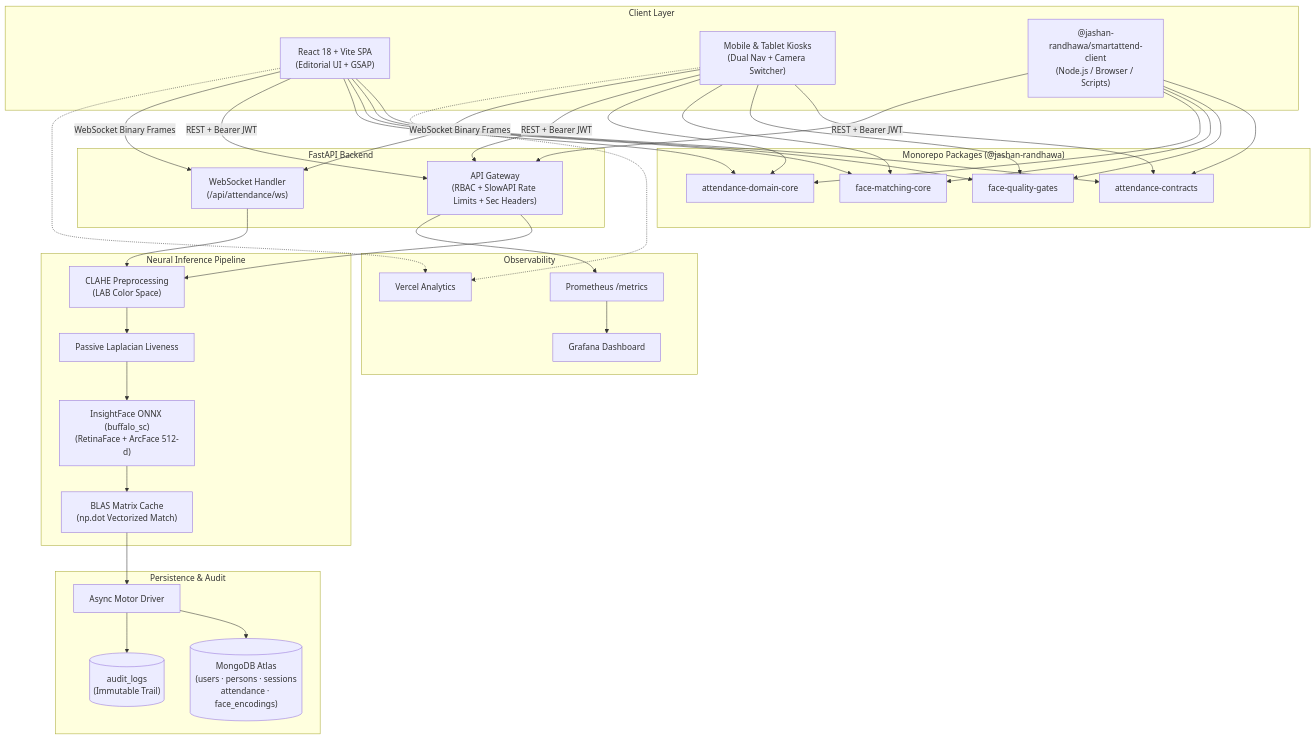
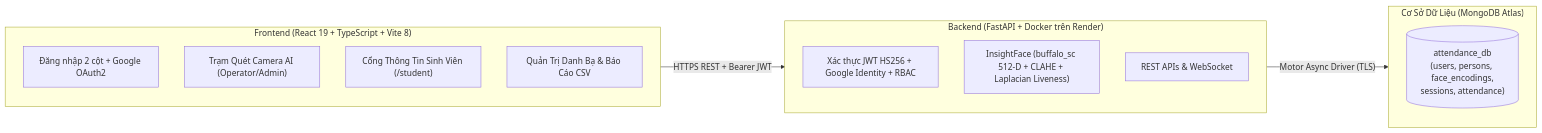
The diagram in README.md (maitamdev/eduface-system), drawn with Mermaid before and after one commit. The commit also changed other lines of this file and 3 other files, not shown here.

````diff
--- a/README.md
+++ b/README.md
@@ -97,52 +24,22 @@
 ```mermaid
-flowchart TD
-    subgraph Client["Client Layer"]
-        Web["React 18 + Vite SPA<br/>(Editorial UI + GSAP)"]
-        Mobile["Mobile & Tablet Kiosks<br/>(Dual Nav + Camera Switcher)"]
-        SDK["@jashan-randhawa/smartattend-client<br/>(Node.js / Browser / Scripts)"]
+flowchart LR
+    subgraph Client["Frontend (React 19 + TypeScript + Vite 8)"]
+        Login["Đăng nhập 2 cột + Google OAuth2"]
+        Scanner["Trạm Quét Camera AI (Operator/Admin)"]
+        Student["Cổng Thông Tin Sinh Viên (/student)"]
+        Admin["Quản Trị Danh Bạ & Báo Cáo CSV"]
     end
 
-    subgraph Packages["Monorepo Packages (@jashan-randhawa)"]
-        Contracts["attendance-contracts"]
-        MatchingCore["face-matching-core"]
-        QualityCore["face-quality-gates"]
-        DomainCore["attendance-domain-core"]
+    subgraph Server["Backend (FastAPI + Docker trên Render)"]
+        Auth["Xác thực JWT HS256 + Google Identity + RBAC"]
+        Vision["InsightFace (buffalo_sc 512-D + CLAHE + Laplacian Liveness)"]
+        APIs["REST APIs & WebSocket"]
     end
 
-    Web & Mobile & SDK --> Contracts & QualityCore & MatchingCore & DomainCore
-
-    Web & Mobile -- "REST + Bearer JWT" --> Gateway
-    Web & Mobile -- "WebSocket Binary Frames" --> WS
-    SDK -- "REST + Bearer JWT" --> Gateway
-
-    subgraph Backend["FastAPI Backend"]
-        Gateway["API Gateway<br/>(RBAC + SlowAPI Rate Limits + Sec Headers)"]
-        WS["WebSocket Handler<br/>(/api/attendance/ws)"]
+    subgraph CloudDB["Cơ Sở Dữ Liệu (MongoDB Atlas)"]
+        DB[("attendance_db\n(users, persons, face_encodings,\nsessions, attendance)")]
     end
 
-    subgraph Inference["Neural Inference Pipeline"]
-        CLAHE["CLAHE Preprocessing<br/>(LAB Color Space)"]
-        Liveness["Passive Laplacian Liveness"]
-        InsightFace["InsightFace ONNX (buffalo_sc)<br/>(RetinaFace + ArcFace 512-d)"]
-        BLAS["BLAS Matrix Cache<br/>(np.dot Vectorized Match)"]
-    end
-
-    Gateway & WS --> CLAHE --> Liveness --> InsightFace --> BLAS
-
-    subgraph Data["Persistence & Audit"]
-        Motor["Async Motor Driver"]
-        DB[("MongoDB Atlas<br/>(users · persons · sessions<br/>attendance · face_encodings)")]
-        Audit[("audit_logs<br/>(Immutable Trail)")]
-    end
-
-    BLAS --> Motor --> DB & Audit
-
-    subgraph Observability
-        Prom["Prometheus /metrics"]
-        Grafana["Grafana Dashboard"]
-        RUM["Vercel Analytics"]
-    end
-
-    Gateway --> Prom --> Grafana
-    Web & Mobile -.-> RUM
+    Client -- "HTTPS REST + Bearer JWT" --> Server
+    Server -- "Motor Async Driver (TLS)" --> CloudDB
 ```
````
